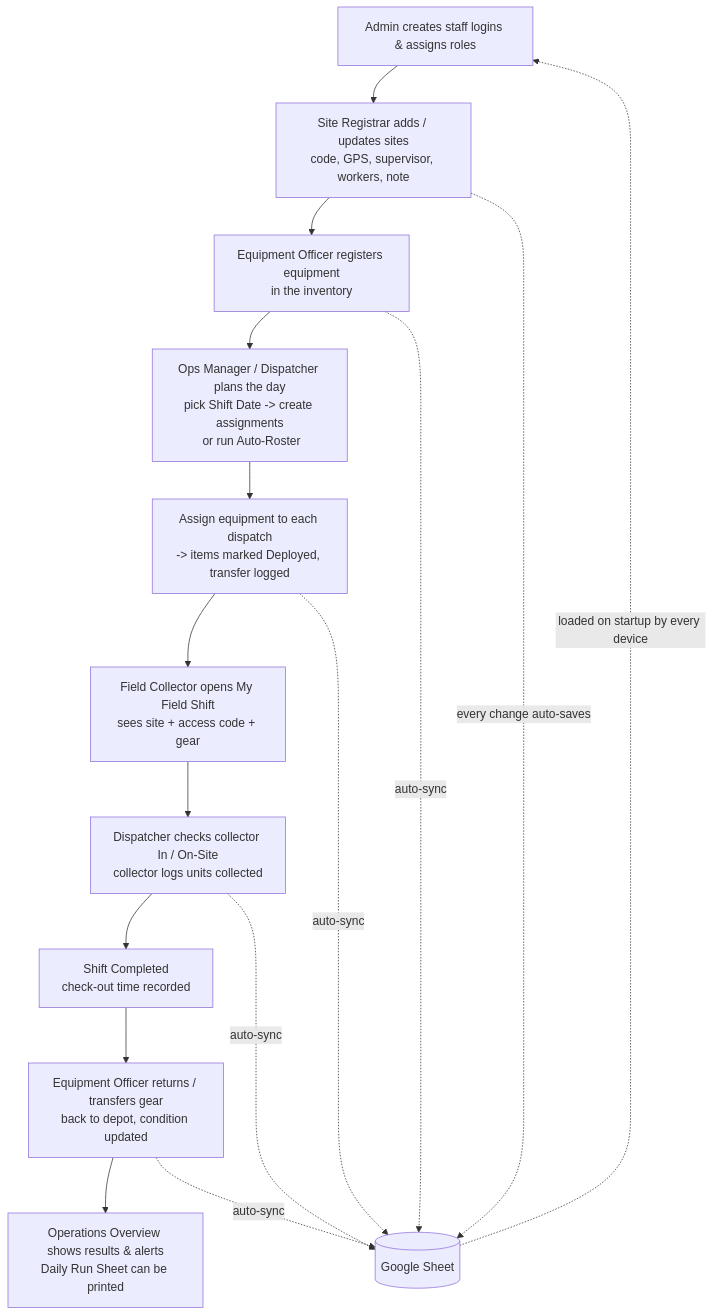
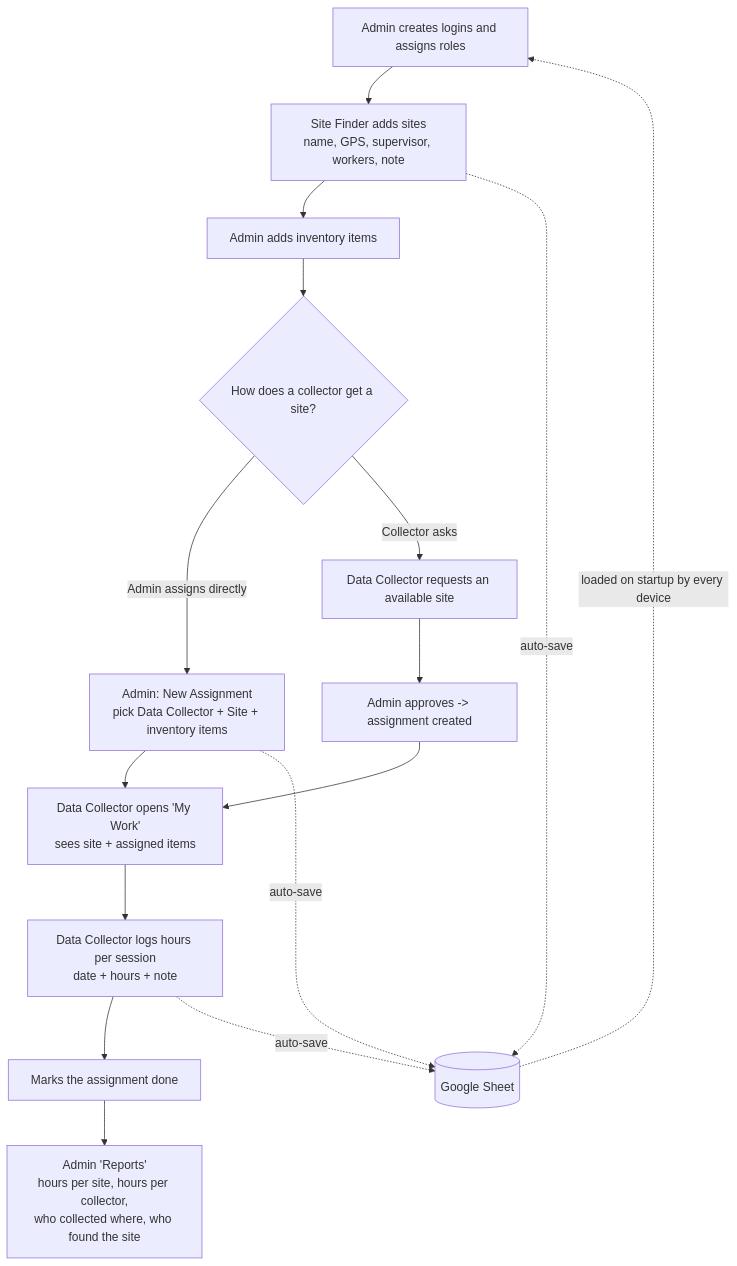
The diagram in README.md (Roshan-Khatiwada-Official/Site_and_Inventor_Management), drawn with Mermaid before and after one commit. The commit also changed other lines of this file and 36 other files, not shown here.

First line of the commit message:
Rebuild around 3 roles: Admin, Site Finder, Data Collector

````diff
--- a/README.md
+++ b/README.md
@@ -93,19 +89,18 @@
 ```mermaid
 flowchart TD
-    A[Admin creates staff logins & assigns roles] --> B[Site Registrar adds / updates sites\ncode, GPS, supervisor, workers, note]
-    B --> C[Equipment Officer registers equipment\nin the inventory]
-    C --> D[Ops Manager / Dispatcher plans the day\npick Shift Date -> create assignments\n or run Auto-Roster]
-    D --> E[Assign equipment to each dispatch\n-> items marked Deployed, transfer logged]
-    E --> F[Field Collector opens My Field Shift\nsees site + access code + gear]
-    F --> G[Dispatcher checks collector In / On-Site\ncollector logs units collected]
-    G --> H[Shift Completed\ncheck-out time recorded]
-    H --> I[Equipment Officer returns / transfers gear\nback to depot, condition updated]
-    I --> J[Operations Overview shows results & alerts\nDaily Run Sheet can be printed]
+    A[Admin creates logins and assigns roles] --> B[Site Finder adds sites\nname, GPS, supervisor, workers, note]
+    B --> C[Admin adds inventory items]
+    C --> D{How does a collector get a site?}
+    D -->|Admin assigns directly| E[Admin: New Assignment\npick Data Collector + Site + inventory items]
+    D -->|Collector asks| F[Data Collector requests an available site] --> G[Admin approves -> assignment created]
+    E --> H[Data Collector opens 'My Work'\nsees site + assigned items]
+    G --> H
+    H --> I[Data Collector logs hours per session\ndate + hours + note]
+    I --> J[Marks the assignment done]
+    J --> K[Admin 'Reports'\nhours per site, hours per collector,\nwho collected where, who found the site]
 
-    B -.every change auto-saves.-> S[(Google Sheet)]
-    C -.->|auto-sync| S
-    E -.->|auto-sync| S
-    G -.->|auto-sync| S
-    I -.->|auto-sync| S
+    B -.auto-save.-> S[(Google Sheet)]
+    E -.auto-save.-> S
+    I -.auto-save.-> S
     S -.loaded on startup by every device.-> A
 ```
````
